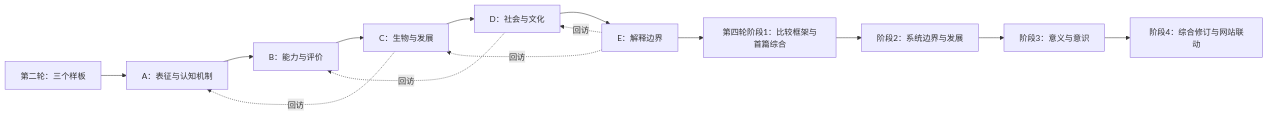
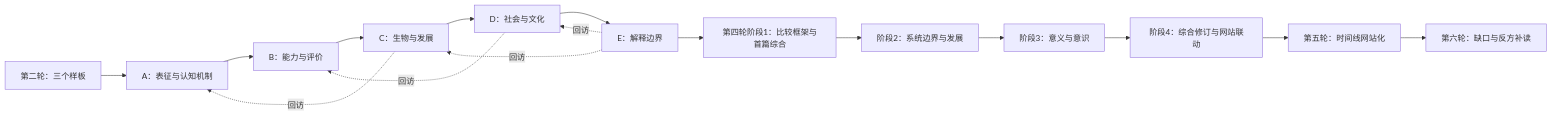
The diagram in docs/intelligence-history/research-roadmap.mmd (meiluosi/meiluosi.github.io), drawn with Mermaid before and after one commit. The commit also changed 96 other files, not shown here.

```diff
--- a/docs/intelligence-history/research-roadmap.mmd
+++ b/docs/intelligence-history/research-roadmap.mmd
@@ -1,14 +1,16 @@
 flowchart LR
     R2["第二轮：三个样板"] --> A["A：表征与认知机制"]
     A --> B["B：能力与评价"]
     B --> C["C：生物与发展"]
     C --> D["D：社会与文化"]
     D --> E["E：解释边界"]
     E --> R4["第四轮阶段1：比较框架与首篇综合"]
     R4 --> R42["阶段2：系统边界与发展"]
     R42 --> R43["阶段3：意义与意识"]
     R43 --> R44["阶段4：综合修订与网站联动"]
+    R44 --> R5["第五轮：时间线网站化"]
+    R5 --> R6["第六轮：缺口与反方补读"]
     C -. "回访" .-> A
     D -. "回访" .-> B
     E -. "回访" .-> C
     E -. "回访" .-> D
```
